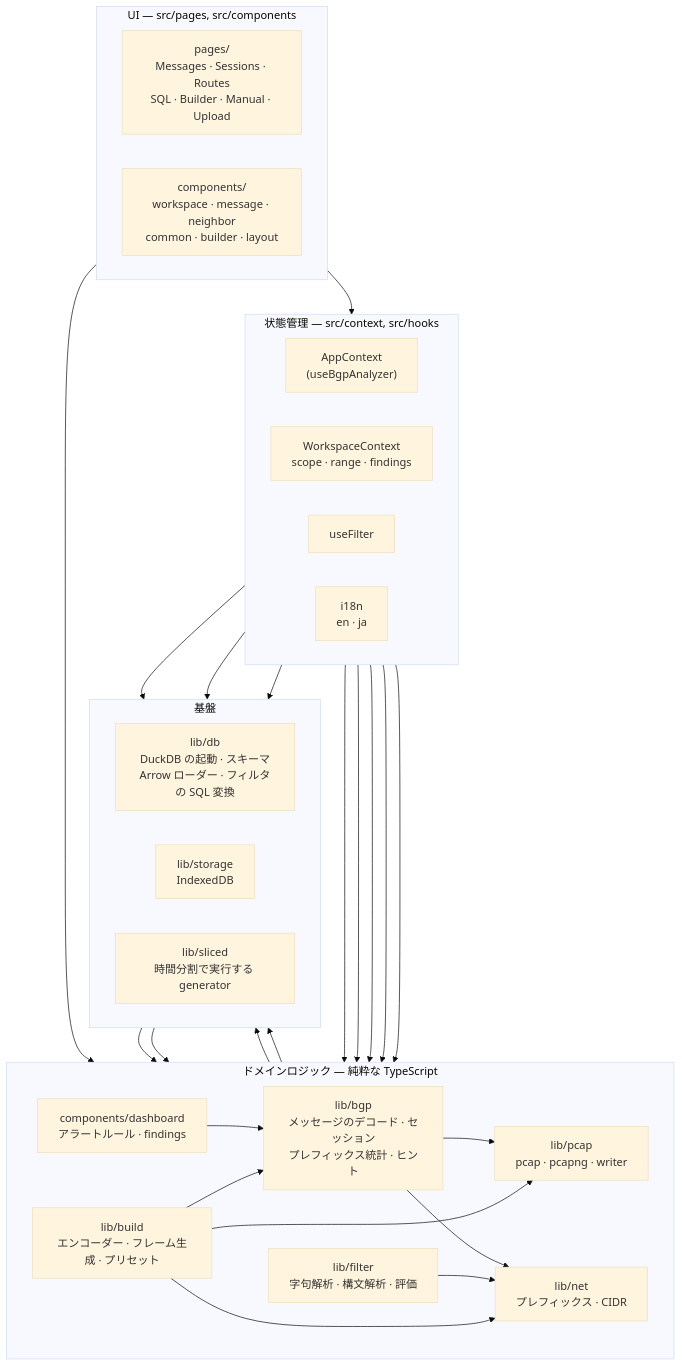
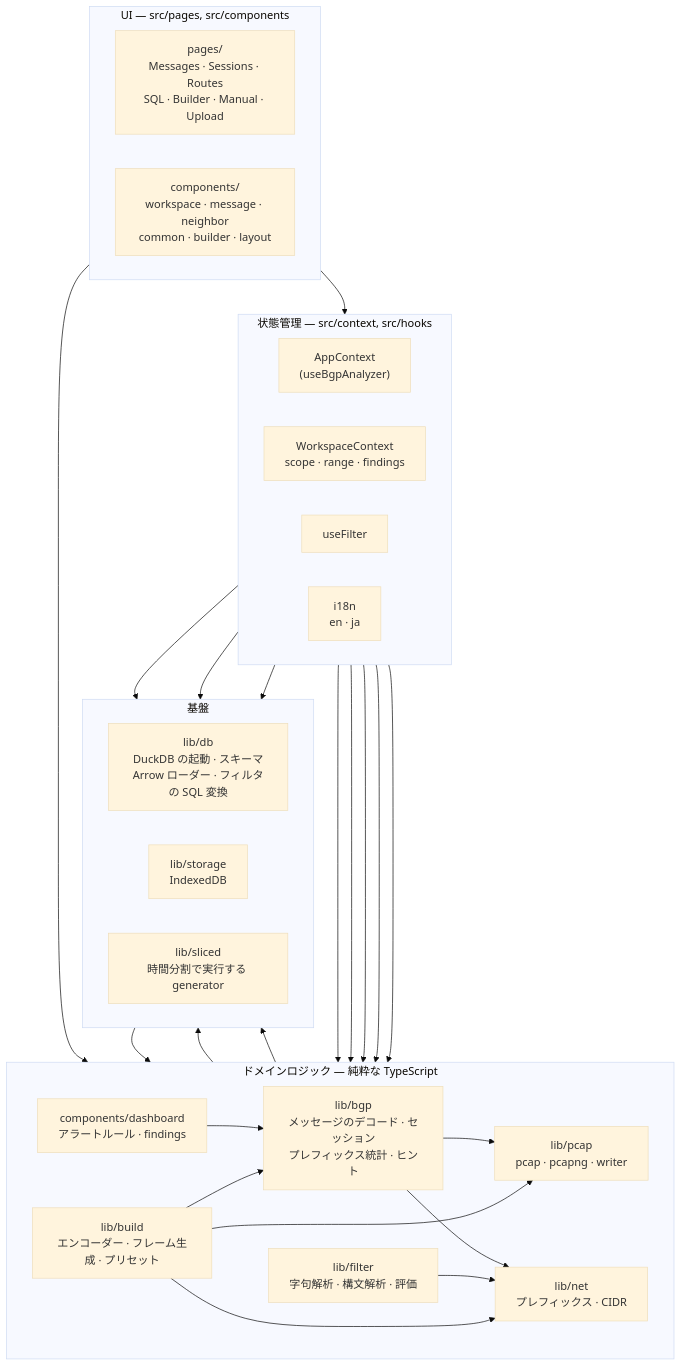
Before and after one commit to shmuto/bgpshark: the second of 13 diagrams in docs/architecture.ja.md, drawn with Mermaid (base theme). The commit also changed other lines of this file and 12 other files, not shown here.

````diff
--- a/docs/architecture.ja.md
+++ b/docs/architecture.ja.md
@@ -79,45 +79,45 @@
 ```mermaid
 flowchart TB
     subgraph ui["UI — src/pages, src/components"]
         direction LR
         pagesNode["pages/<br/>Messages · Sessions · Routes<br/>SQL · Builder · Manual · Upload"]
         comps["components/<br/>workspace · message · neighbor<br/>common · builder · layout"]
     end
 
     subgraph state["状態管理 — src/context, src/hooks"]
         direction LR
         appctx["AppContext<br/>(useBgpAnalyzer)"]
         wsctx["WorkspaceContext<br/>scope · range · findings"]
         usefilter["useFilter"]
         i18n["i18n<br/>en · ja"]
     end
 
     subgraph domain["ドメインロジック — 純粋な TypeScript"]
         direction LR
         pcap["lib/pcap<br/>pcap · pcapng · writer"]
         bgp["lib/bgp<br/>メッセージのデコード · セッション<br/>プレフィックス統計 · ヒント"]
         filter["lib/filter<br/>字句解析 · 構文解析 · 評価"]
         rules["components/dashboard<br/>アラートルール · findings"]
         build["lib/build<br/>エンコーダー · フレーム生成 · プリセット"]
         net["lib/net<br/>プレフィックス · CIDR"]
     end
 
     subgraph infra["基盤"]
         direction LR
         db["lib/db<br/>DuckDB の起動 · スキーマ<br/>Arrow ローダー · フィルタの SQL 変換"]
         storage["lib/storage<br/>IndexedDB"]
         sliced["lib/sliced<br/>時間分割で実行する generator"]
     end
 
     ui --> state
     ui --> domain
     appctx --> pcap & bgp & db & storage
     wsctx --> rules & bgp
-    usefilter --> filter & db
+    usefilter --> filter & sliced
     rules --> bgp & sliced
     bgp --> pcap & net
     filter --> net
-    db --> filter & net
+    db --> net
     build --> pcap & bgp & net
     pcap --> sliced
 ```
````
